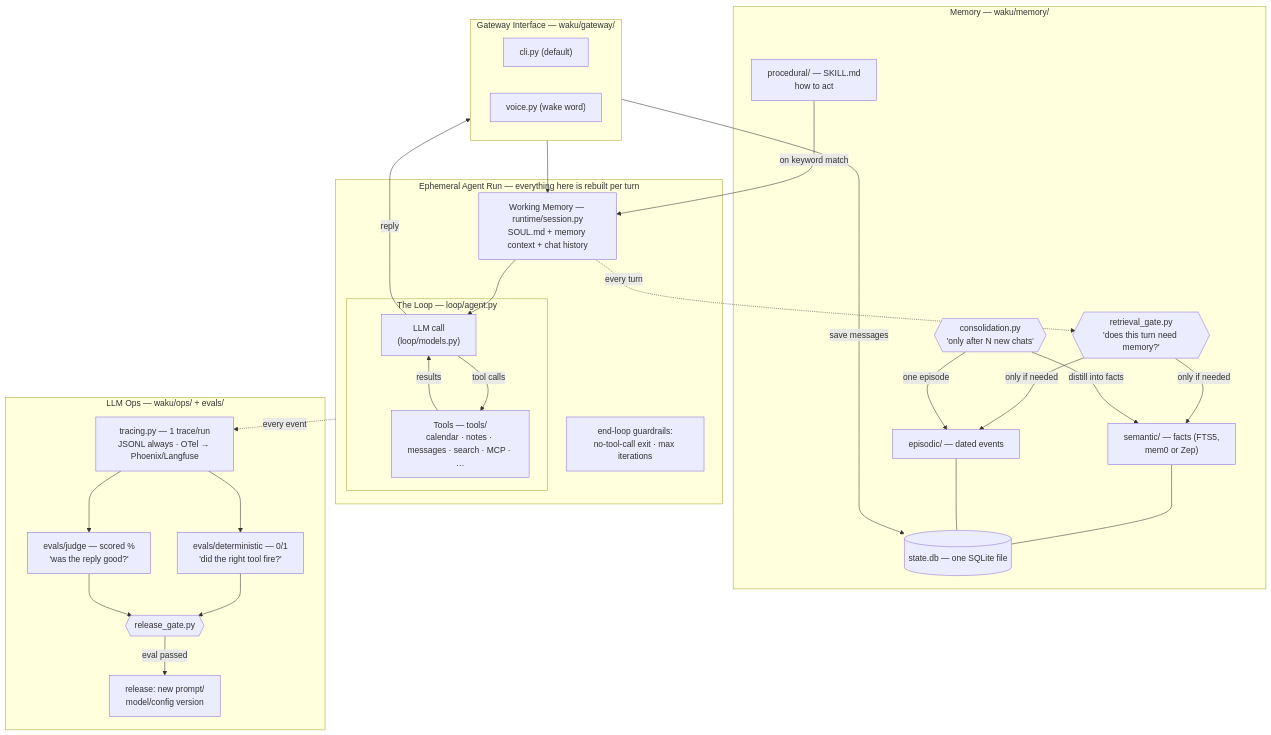
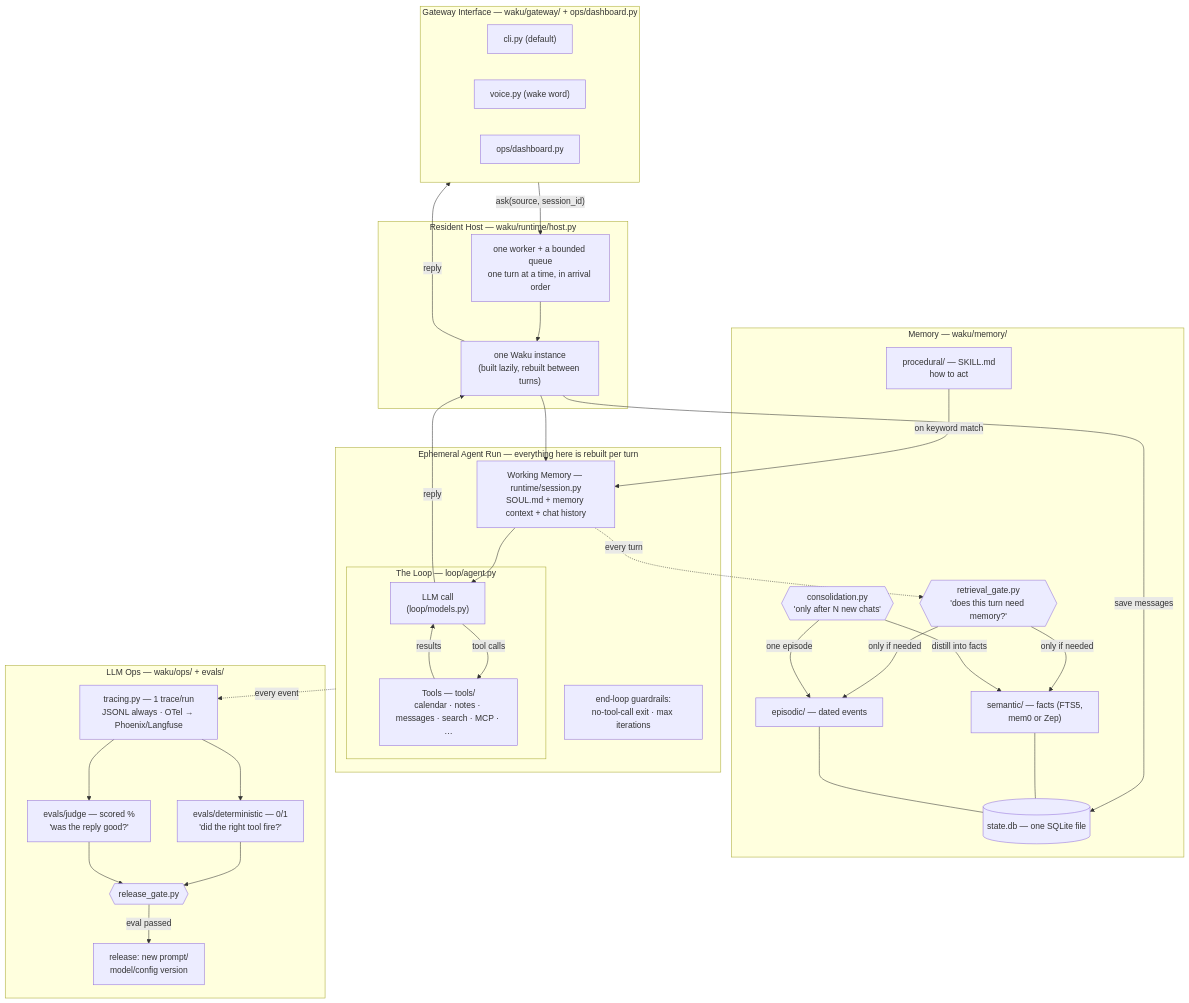
Before and after one commit to nangbwsx-gif/PP-Agent: the first of 2 diagrams in docs/architecture.md, drawn with Mermaid. The commit also changed other lines of this file and 18 other files, not shown here.

````diff
--- a/docs/architecture.md
+++ b/docs/architecture.md
@@ -7,48 +7,57 @@
 ```mermaid
 flowchart TB
-    subgraph GW["Gateway Interface — waku/gateway/"]
+    subgraph HOST["Resident Host — waku/runtime/host.py"]
+        AGENT["one Waku instance<br/>(built lazily, rebuilt between turns)"]
+        QUEUE["one worker + a bounded queue<br/>one turn at a time, in arrival order"]
+    end
+
+    subgraph GW["Gateway Interface — waku/gateway/ + ops/dashboard.py"]
         CLI["cli.py (default)"]
         VOICE["voice.py (wake word)"]
+        DASH["ops/dashboard.py"]
     end
+
+    GW -->|"ask(source, session_id)"| QUEUE --> AGENT
+    AGENT -->|reply| GW
 
     subgraph RUN["Ephemeral Agent Run — everything here is rebuilt per turn"]
         WM["Working Memory — runtime/session.py<br/>SOUL.md + memory context + chat history"]
         subgraph LOOP["The Loop — loop/agent.py"]
             LLM["LLM call<br/>(loop/models.py)"]
             TOOLS["Tools — tools/<br/>calendar · notes · messages · search · MCP · …"]
             LLM -->|tool calls| TOOLS -->|results| LLM
         end
         WM --> LLM
         GUARD["end-loop guardrails:<br/>no-tool-call exit · max iterations"]
     end
 
-    GW --> WM
-    LLM -->|reply| GW
+    AGENT --> WM
+    LLM -->|reply| AGENT
 
     subgraph MEM["Memory — waku/memory/"]
         GATE{{"retrieval_gate.py<br/>'does this turn need memory?'"}}
         PROC["procedural/ — SKILL.md<br/>how to act"]
         SEM["semantic/ — facts (FTS5,<br/>mem0 or Zep)"]
         EPI["episodic/ — dated events"]
         CONS{{"consolidation.py<br/>'only after N new chats'"}}
         DB[("state.db — one SQLite file")]
     end
 
     WM -.->|every turn| GATE
     GATE -->|only if needed| SEM & EPI
     PROC -->|on keyword match| WM
-    GW -->|save messages| DB
+    AGENT -->|save messages| DB
     CONS -->|distill into facts| SEM
     CONS -->|one episode| EPI
     SEM & EPI --- DB
 
     subgraph OPS["LLM Ops — waku/ops/ + evals/"]
         TRACE["tracing.py — 1 trace/run<br/>JSONL always · OTel → Phoenix/Langfuse"]
         DET["evals/deterministic — 0/1<br/>'did the right tool fire?'"]
         JUDGE["evals/judge — scored %<br/>'was the reply good?'"]
         RGATE{{"release_gate.py"}}
         TRACE --> DET & JUDGE --> RGATE -->|eval passed| SHIP["release: new prompt/<br/>model/config version"]
     end
 
     RUN -.->|every event| TRACE
 ```
````
